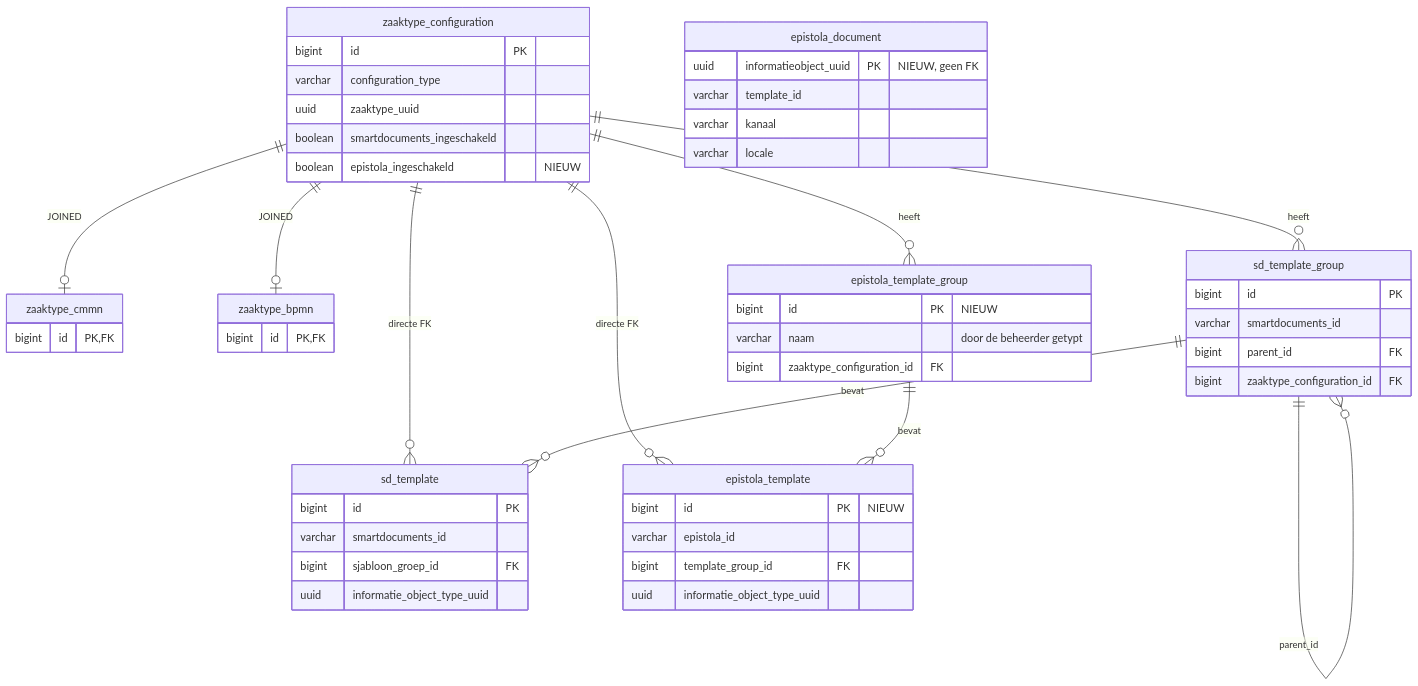
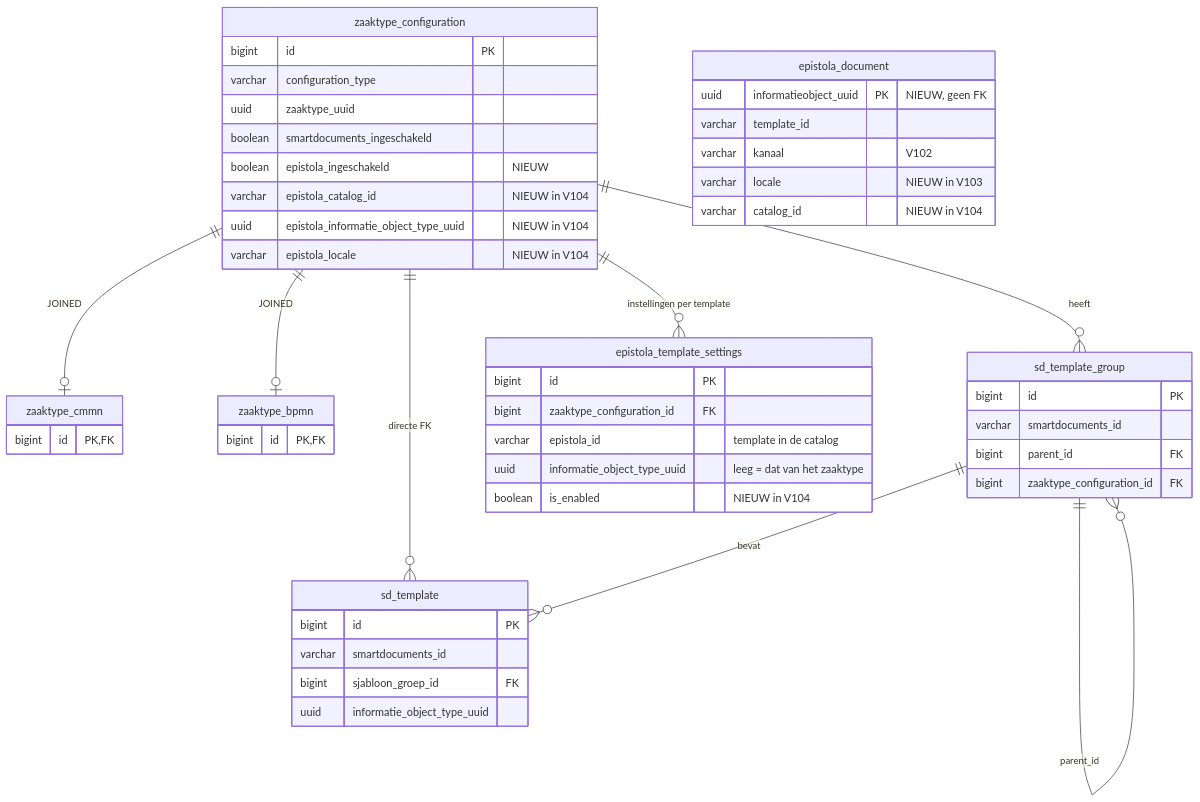
The diagram in docs/epistola/datamodel.md (infonl/zac-epistola-prototype), drawn with Mermaid before and after one commit. The commit also changed other lines of this file and 91 other files, not shown here.

First line of the commit message:
feat: choose an Epistola catalog per zaaktype instead of template groups in ZAC (#59)

````diff
--- a/docs/epistola/datamodel.md
+++ b/docs/epistola/datamodel.md
@@ -20,55 +26,53 @@
 ```mermaid
 erDiagram
     zaaktype_configuration ||--o| zaaktype_cmmn : "JOINED"
     zaaktype_configuration ||--o| zaaktype_bpmn : "JOINED"
     zaaktype_configuration ||--o{ sd_template_group : heeft
     zaaktype_configuration ||--o{ sd_template : "directe FK"
-    zaaktype_configuration ||--o{ epistola_template_group : heeft
-    zaaktype_configuration ||--o{ epistola_template : "directe FK"
+    zaaktype_configuration ||--o{ epistola_template_settings : "instellingen per template"
     sd_template_group ||--o{ sd_template : bevat
     sd_template_group ||--o{ sd_template_group : parent_id
-    epistola_template_group ||--o{ epistola_template : bevat
 
     zaaktype_configuration {
         bigint id PK
         varchar configuration_type
         uuid zaaktype_uuid
         boolean smartdocuments_ingeschakeld
         boolean epistola_ingeschakeld "NIEUW"
+        varchar epistola_catalog_id "NIEUW in V104"
+        uuid epistola_informatie_object_type_uuid "NIEUW in V104"
+        varchar epistola_locale "NIEUW in V104"
     }
     zaaktype_cmmn {
         bigint id PK,FK
     }
     zaaktype_bpmn {
         bigint id PK,FK
     }
     sd_template_group {
         bigint id PK
         varchar smartdocuments_id
         bigint parent_id FK
         bigint zaaktype_configuration_id FK
     }
     sd_template {
         bigint id PK
         varchar smartdocuments_id
         bigint sjabloon_groep_id FK
         uuid informatie_object_type_uuid
     }
-    epistola_template_group {
-        bigint id PK "NIEUW"
-        varchar naam "door de beheerder getypt"
+    epistola_template_settings {
+        bigint id PK
         bigint zaaktype_configuration_id FK
-    }
-    epistola_template {
-        bigint id PK "NIEUW"
-        varchar epistola_id
-        bigint template_group_id FK
-        uuid informatie_object_type_uuid
+        varchar epistola_id "template in de catalog"
+        uuid informatie_object_type_uuid "leeg = dat van het zaaktype"
+        boolean is_enabled "NIEUW in V104"
     }
     epistola_document {
         uuid informatieobject_uuid PK "NIEUW, geen FK"
         varchar template_id
-        varchar kanaal
-        varchar locale
+        varchar kanaal "V102"
+        varchar locale "NIEUW in V103"
+        varchar catalog_id "NIEUW in V104"
     }
 ```
````
